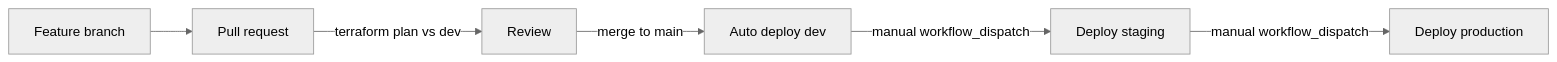
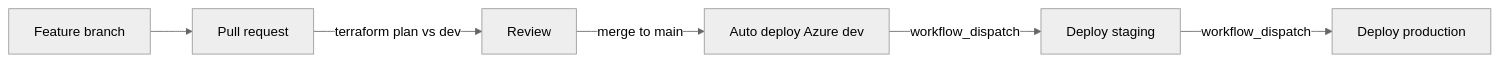
One commit to gindriliunas/crypto-trading changed the first of 2 diagrams in README.md. Above: the diagram before and after it, drawn with Mermaid (neutral theme). The commit also changed other lines of this file and 4 other files, not shown here.

````diff
--- a/README.md
+++ b/README.md
@@ -54,8 +23,8 @@
 ```mermaid
 flowchart LR
   feature[Feature branch] --> pr[Pull request]
   pr -->|terraform plan vs dev| review[Review]
-  review -->|merge to main| dev[Auto deploy dev]
-  dev -->|manual workflow_dispatch| staging[Deploy staging]
-  staging -->|manual workflow_dispatch| prod[Deploy production]
+  review -->|merge to main| dev[Auto deploy Azure dev]
+  dev -->|workflow_dispatch| staging[Deploy staging]
+  staging -->|workflow_dispatch| prod[Deploy production]
 ```
````
